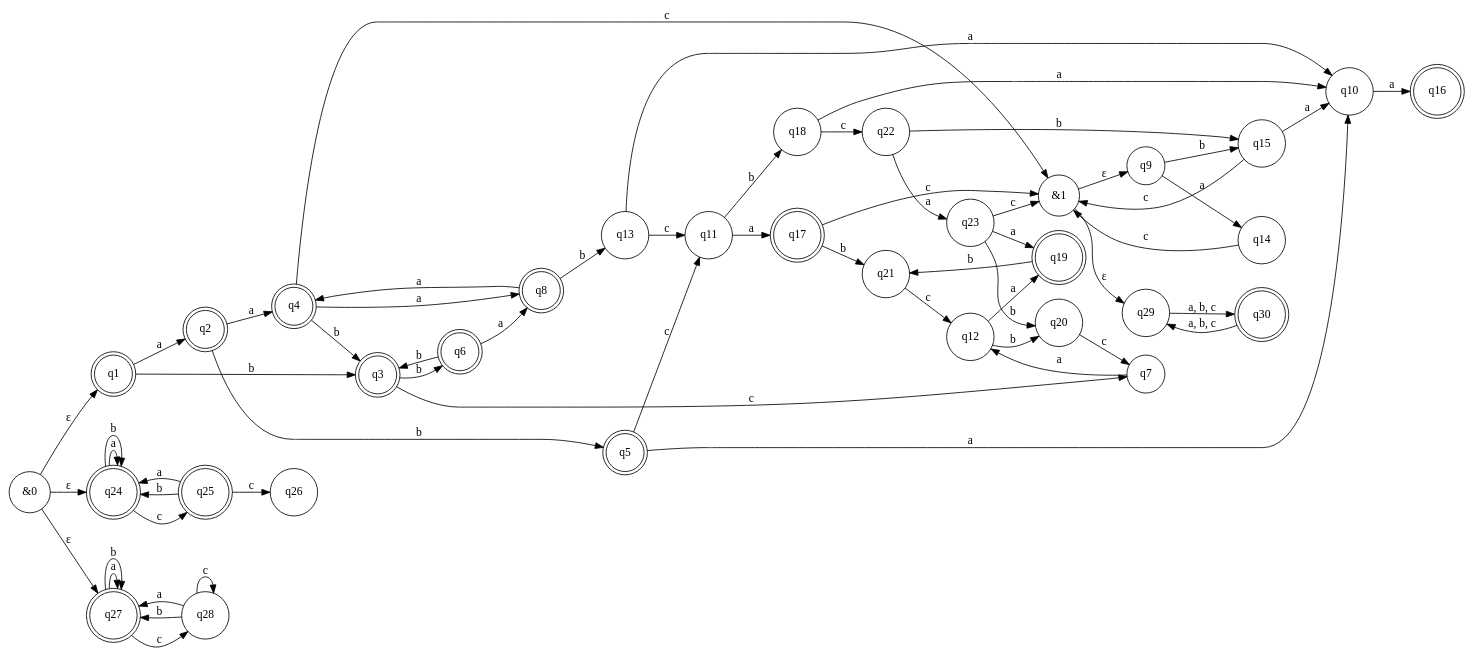
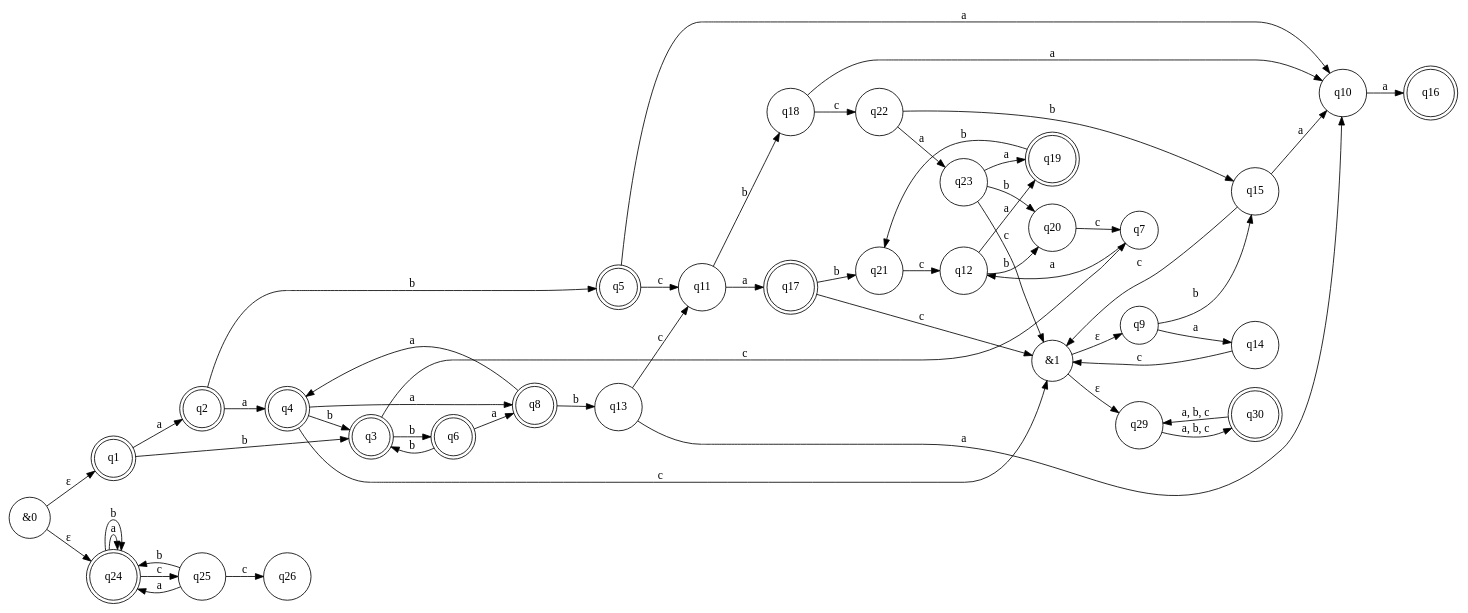
One commit to dvkostousov/flt_labs changed the diagram in lab2/graphviz/afa.dot. Above: the diagram before and after it, drawn with Graphviz. The commit also changed 3 other files, not shown here.

```diff
--- a/lab2/graphviz/afa.dot
+++ b/lab2/graphviz/afa.dot
@@ -1,90 +1,82 @@
 digraph AFA {
     rankdir=LR;
-    node [shape = doublecircle]; q1 q2 q3 q4 q5 q6 q8 q16 q17 q19 q24 q25 q27 q30;
+    node [shape = doublecircle]; q1 q2 q3 q4 q5 q6 q8 q16 q17 q19 q24 q30;
     node [shape = circle];
     
     "&0" -> q1  [label="ε"];
     
     "&0" -> q24  [label="ε"];
     q24 -> q24  [label="a"];
     q24 -> q24  [label="b"];
     q24 -> q25  [label="c"];
     q25 -> q24  [label="a"];
     q25 -> q24  [label="b"];
     q25 -> q26  [label="c"];
-    
-    "&0" -> q27  [label="ε"];
-    q27 -> q27  [label="a"];
-    q27 -> q27  [label="b"];
-    q27 -> q28  [label="c"];
-    q28 -> q27  [label="a"];
-    q28 -> q27  [label="b"];
-    q28 -> q28  [label="c"];
     
     "&1" -> q9  [label="ε"];
     "&1" -> q29  [label="ε"];
     q29 -> q30  [label="a, b, c"];
     q30 -> q29  [label="a, b, c"];
 
     q1 -> q2  [label="a"];
     q1 -> q3  [label="b"];
 
     q2 -> q4  [label="a"];
     q2 -> q5  [label="b"];
 
     q3 -> q6  [label="b"];
     q3 -> q7 [label="c"];
 
     q4 -> q8  [label="a"];
     q4 -> q3  [label="b"];
     q4 -> "&1"  [label="c"];
 
     q5 -> q10 [label="a"];
     q5 -> q11  [label="c"];
 
     q6 -> q8 [label="a"];
     q6 -> q3  [label="b"];
 
     q7 -> q12  [label="a"];
 
     q8 -> q4 [label="a"];
     q8 -> q13 [label="b"];
 
     q9 -> q14 [label="a"];
     q9 -> q15 [label="b"];
     
     q10 -> q16 [label="a"];
 
     q11 -> q17 [label="a"];
     q11 -> q18 [label="b"];
     
     q12 -> q19 [label="a"];
     q12 -> q20 [label="b"];
     
     q13 -> q10 [label="a"];
     q13 -> q11 [label="c"];
     
     q14 -> "&1" [label="c"];
     
     q15 -> q10 [label="a"];
     q15 -> "&1" [label="c"];
     
     q17 -> q21 [label="b"];
     q17 -> "&1" [label="c"];
     
     q18 -> q10 [label="a"];
     q18 -> q22 [label="c"];
     
     q19 -> q21 [label="b"];
     
     q20 -> q7 [label="c"];
     
     q21 -> q12 [label="c"];
     
     q22 -> q23 [label="a"];
     q22 -> q15 [label="b"];
     
     q23 -> q19 [label="a"];
     q23 -> q20 [label="b"];
     q23 -> "&1" [label="c"];
 }
```
